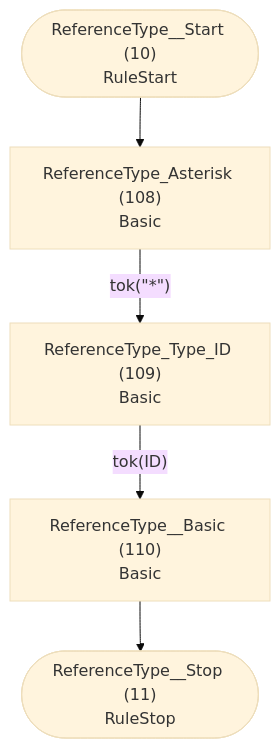
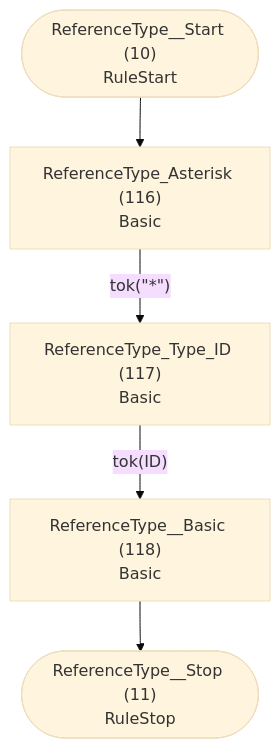
One commit to TypeFox/fastbelt changed the sixth of 29 diagrams in internal/grammar/atn.md. Above: the diagram before and after it, drawn with Mermaid (base theme). The commit also changed other lines of this file and 41 other files, not shown here.

````diff
--- a/internal/grammar/atn.md
+++ b/internal/grammar/atn.md
@@ -179,13 +184,13 @@
 ```mermaid
 flowchart TD
     q10(["ReferenceType__Start (10)<br/>RuleStart"])
     q11(["ReferenceType__Stop (11)<br/>RuleStop"])
-    q108["ReferenceType_Asterisk (108)<br/>Basic<br/>"]
-    q109["ReferenceType_Type_ID (109)<br/>Basic<br/>"]
-    q110["ReferenceType__Basic (110)<br/>Basic<br/>"]
+    q116["ReferenceType_Asterisk (116)<br/>Basic<br/>"]
+    q117["ReferenceType_Type_ID (117)<br/>Basic<br/>"]
+    q118["ReferenceType__Basic (118)<br/>Basic<br/>"]
 
-    q10 --> q108
-    q108 -->|"tok(&quot;*&quot;)"| q109
-    q109 -->|"tok(ID)"| q110
-    q110 --> q11
+    q10 --> q116
+    q116 -->|"tok(&quot;*&quot;)"| q117
+    q117 -->|"tok(ID)"| q118
+    q118 --> q11
 ```
````
